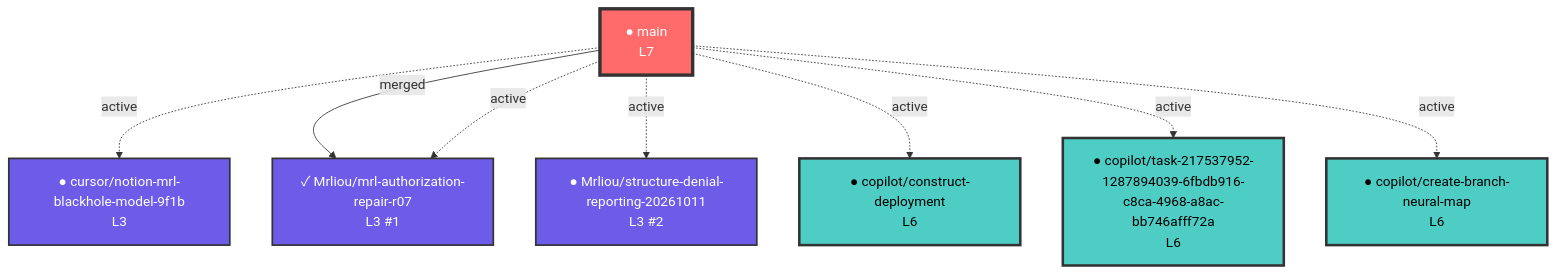
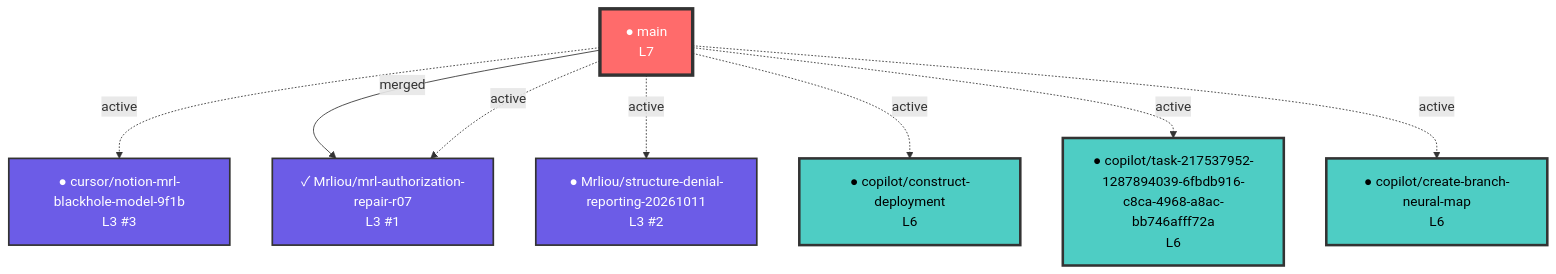
One commit to dofaromg/MRL_ASI_system changed the diagram in neural-links/synaptic-graph.mermaid. Above: the diagram before and after it, drawn with Mermaid. The commit also changed 1 other file, not shown here.

Commit message:
🧠 Auto-sync neural network map [skip ci]

````diff
--- a/neural-links/synaptic-graph.mermaid
+++ b/neural-links/synaptic-graph.mermaid
@@ -1,29 +1,29 @@
 ```mermaid
 graph TD
   %% 神經網絡分支圖譜 - origin_signature: MrLiouWord
 
   %% 節點定義
   main["● main<br/>L7"]:::trunk
-  cursor_notion_mrl_blackhole_model_9f1b["● cursor/notion-mrl-blackhole-model-9f1b<br/>L3"]:::experimental
+  cursor_notion_mrl_blackhole_model_9f1b["● cursor/notion-mrl-blackhole-model-9f1b<br/>L3 #3"]:::experimental
   Mrliou_mrl_authorization_repair_r07["✓ Mrliou/mrl-authorization-repair-r07<br/>L3 #1"]:::experimental
   Mrliou_structure_denial_reporting_20261011["● Mrliou/structure-denial-reporting-20261011<br/>L3 #2"]:::experimental
   copilot_construct_deployment["● copilot/construct-deployment<br/>L6"]:::cognitive
   copilot_task_217537952_1287894039_6fbdb916_c8ca_4968_a8ac_bb746afff72a["● copilot/task-217537952-1287894039-6fbdb916-c8ca-4968-a8ac-bb746afff72a<br/>L6"]:::cognitive
   copilot_create_branch_neural_map["● copilot/create-branch-neural-map<br/>L6"]:::cognitive
 
   %% 連結定義
   main -.->|active| cursor_notion_mrl_blackhole_model_9f1b
   main -->|merged| Mrliou_mrl_authorization_repair_r07
   main -.->|active| Mrliou_structure_denial_reporting_20261011
   main -.->|active| copilot_construct_deployment
   main -.->|active| copilot_task_217537952_1287894039_6fbdb916_c8ca_4968_a8ac_bb746afff72a
   main -.->|active| Mrliou_mrl_authorization_repair_r07
   main -.->|active| copilot_create_branch_neural_map
 
   %% 樣式定義
   classDef trunk fill:#ff6b6b,stroke:#333,stroke-width:4px,color:#fff
   classDef cognitive fill:#4ecdc4,stroke:#333,stroke-width:3px,color:#000
   classDef feature fill:#95e1d3,stroke:#333,stroke-width:2px,color:#000
   classDef hotfix fill:#f9ca24,stroke:#333,stroke-width:2px,color:#000
   classDef experimental fill:#6c5ce7,stroke:#333,stroke-width:2px,color:#fff
 ```
````
